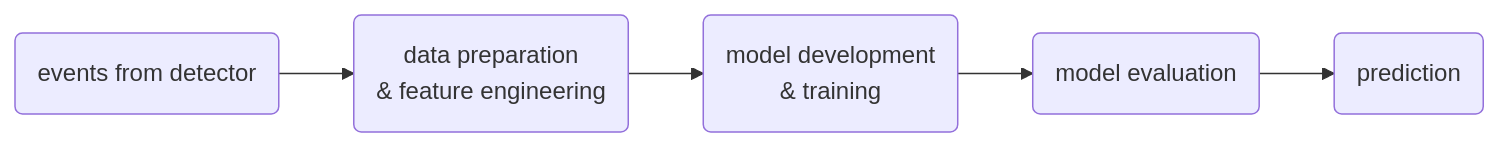
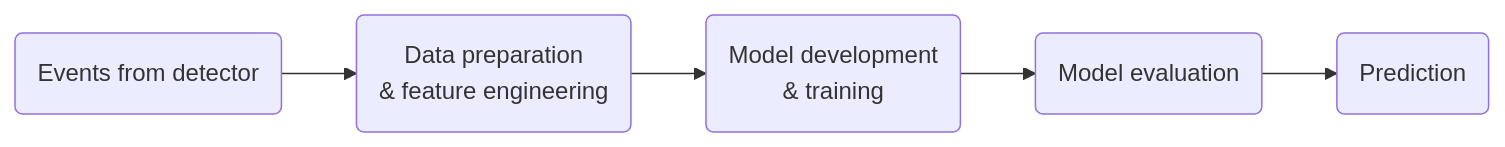
One commit to TomasPhilippart/ebpfangel changed the diagram in docs/machinelearning.md. Above: the diagram before and after it, drawn with Mermaid. The commit also changed other lines of this file and 9 other files, not shown here.

````diff
--- a/docs/machinelearning.md
+++ b/docs/machinelearning.md
@@ -4,7 +5,7 @@
 ```mermaid
 graph LR
-  A(events from detector) --> B(data preparation <br/>& feature engineering)
-  B --> C(model development <br/>& training)
-  C --> D(model evaluation)
-  D --> E(prediction)
+  A(Events from detector) --> B(Data preparation <br/>& feature engineering)
+  B --> C(Model development <br/>& training)
+  C --> D(Model evaluation)
+  D --> E(Prediction)
 ```
````
